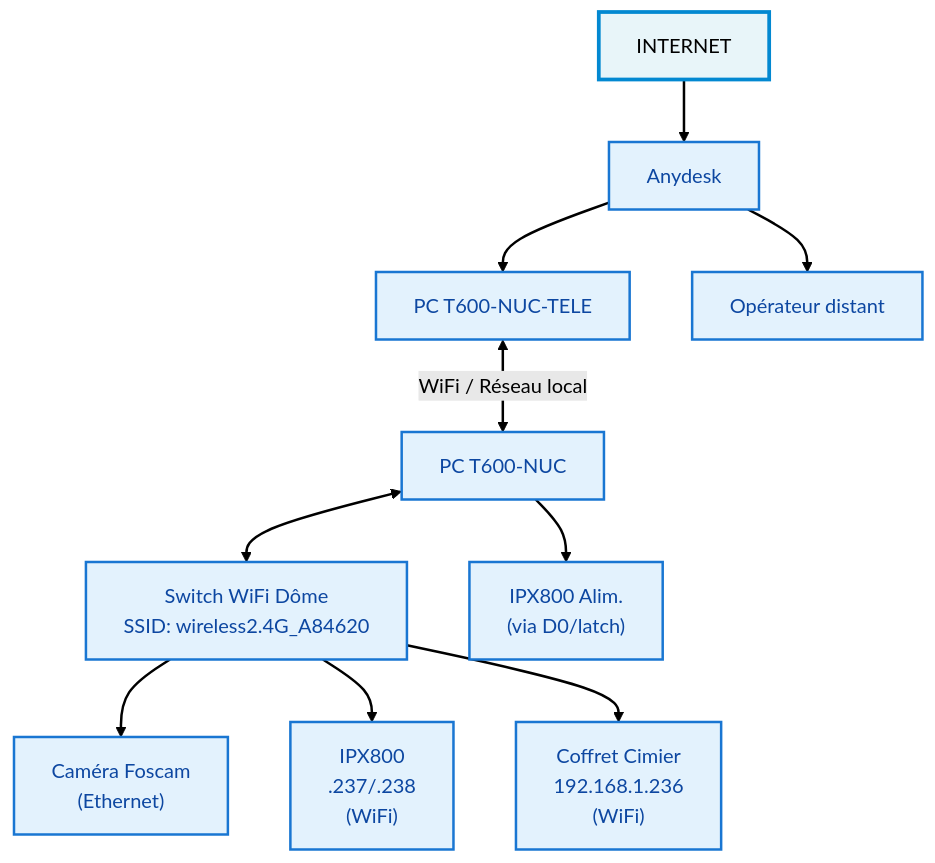
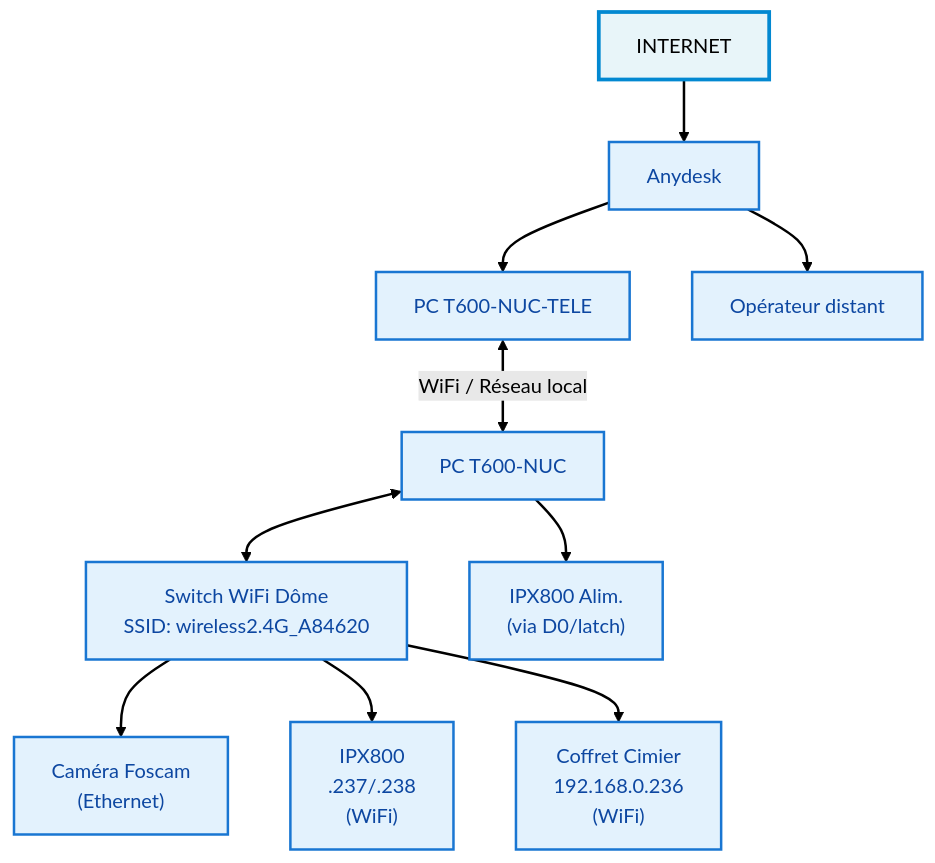
Before and after one commit to christophedanhier-hash/BAVI_LEO: the first of 3 diagrams in docs/wiki/agent-pro/bureau-gerard/t600/document-reference-t600.md, drawn with Mermaid (forest theme). The commit also changed other lines of this file and 1 other file, not shown here.

````diff
--- a/docs/wiki/agent-pro/bureau-gerard/t600/document-reference-t600.md
+++ b/docs/wiki/agent-pro/bureau-gerard/t600/document-reference-t600.md
@@ -233,29 +233,29 @@
 ```mermaid
 flowchart TD
     %% Styles
     classDef main fill:#e3f2fd,stroke:#1976d2,stroke-width:2px,color:#0d47a1
     classDef sub fill:#e8f5f9,stroke:#0288d1,stroke-width:3px
 
     Internet["INTERNET"]:::sub
     AnyDesk["Anydesk"]:::main
     PCTELE["PC T600-NUC-TELE"]:::main
     OpDist["Opérateur distant"]:::main
     PCNUC["PC T600-NUC"]:::main
     SwitchWiFi["Switch WiFi Dôme<br/>SSID: wireless2.4G_A84620"]:::main
     Foscam["Caméra Foscam<br/>(Ethernet)"]:::main
     IPX800_1["IPX800<br/>.237/.238<br/>(WiFi)"]:::main
-    Coffret["Coffret Cimier<br/>192.168.1.236<br/>(WiFi)"]:::main
+    Coffret["Coffret Cimier<br/>192.168.0.236<br/>(WiFi)"]:::main
     IPXAlim["IPX800 Alim.<br/>(via D0/latch)"]:::main
 
     Internet --> AnyDesk
     AnyDesk --> PCTELE
     AnyDesk --> OpDist
     PCTELE <-->|WiFi / Réseau local| PCNUC
     PCNUC <--> SwitchWiFi
     SwitchWiFi --> Foscam
     SwitchWiFi --> IPX800_1
     SwitchWiFi --> Coffret
     PCNUC --> IPXAlim
 
     linkStyle default stroke-width:2px,fill:none
 ```
````
